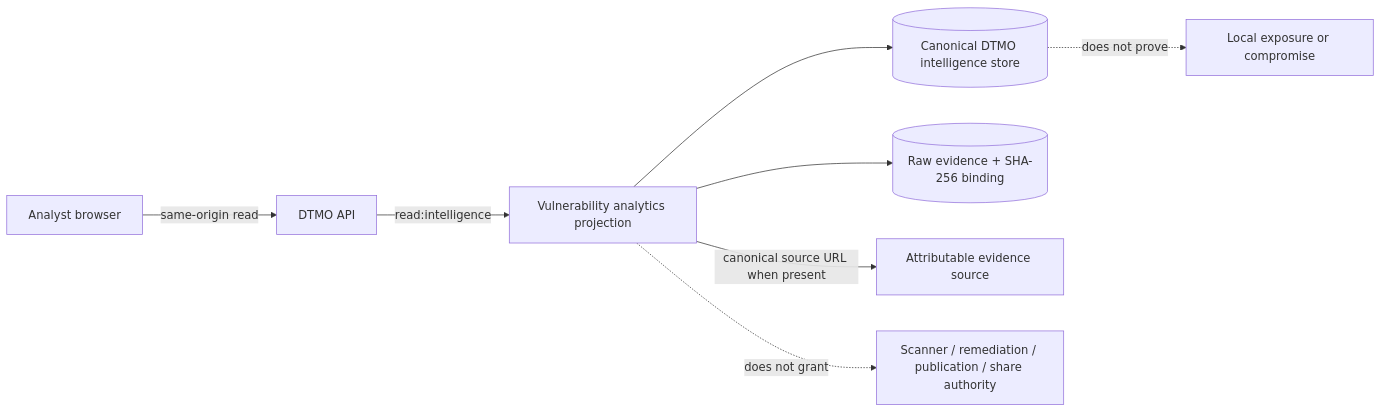
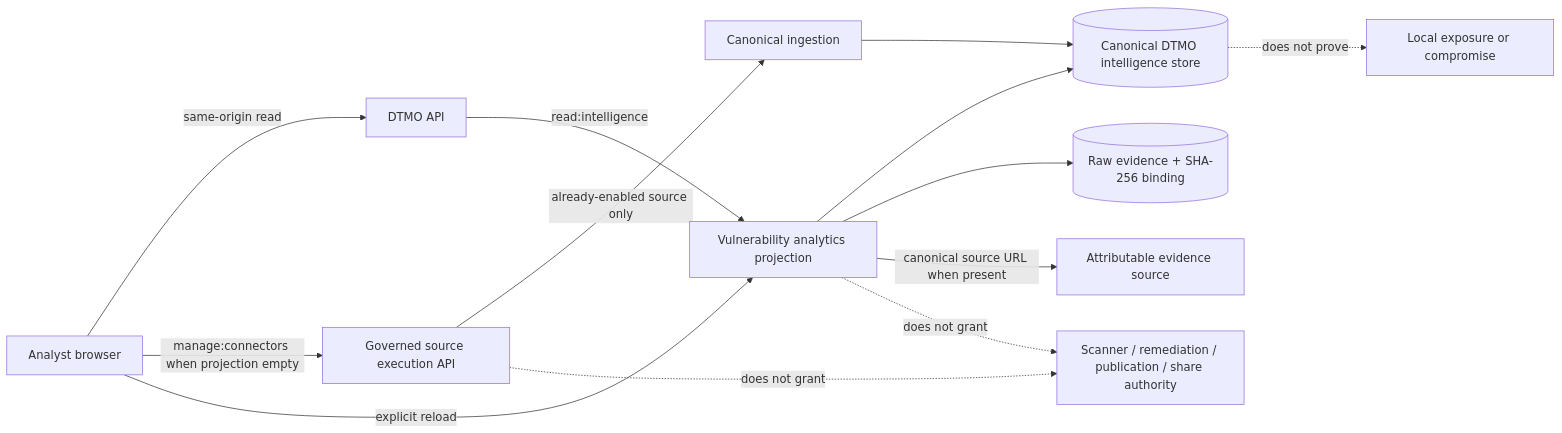
Before and after one commit to GJvManen/dtmo: the diagram in docs/user/VULNERABILITY_EXPOSURE_WORKSPACE.md, drawn with Mermaid. The commit also changed other lines of this file and 3 other files, not shown here.

````diff
--- a/docs/user/VULNERABILITY_EXPOSURE_WORKSPACE.md
+++ b/docs/user/VULNERABILITY_EXPOSURE_WORKSPACE.md
@@ -53,11 +57,17 @@
 ```mermaid
 flowchart LR
   U[Analyst browser] -->|same-origin read| A[DTMO API]
   A -->|read:intelligence| V[Vulnerability analytics projection]
   V --> C[(Canonical DTMO intelligence store)]
   V --> R[(Raw evidence + SHA-256 binding)]
   V -->|canonical source URL when present| P[Attributable evidence source]
 
+  U -->|manage:connectors when projection empty| S[Governed source execution API]
+  S -->|already-enabled source only| I[Canonical ingestion]
+  I --> C
+  U -->|explicit reload| V
+
   C -. does not prove .-> E[Local exposure or compromise]
   V -. does not grant .-> M[Scanner / remediation / publication / share authority]
+  S -. does not grant .-> M
 ```
````
